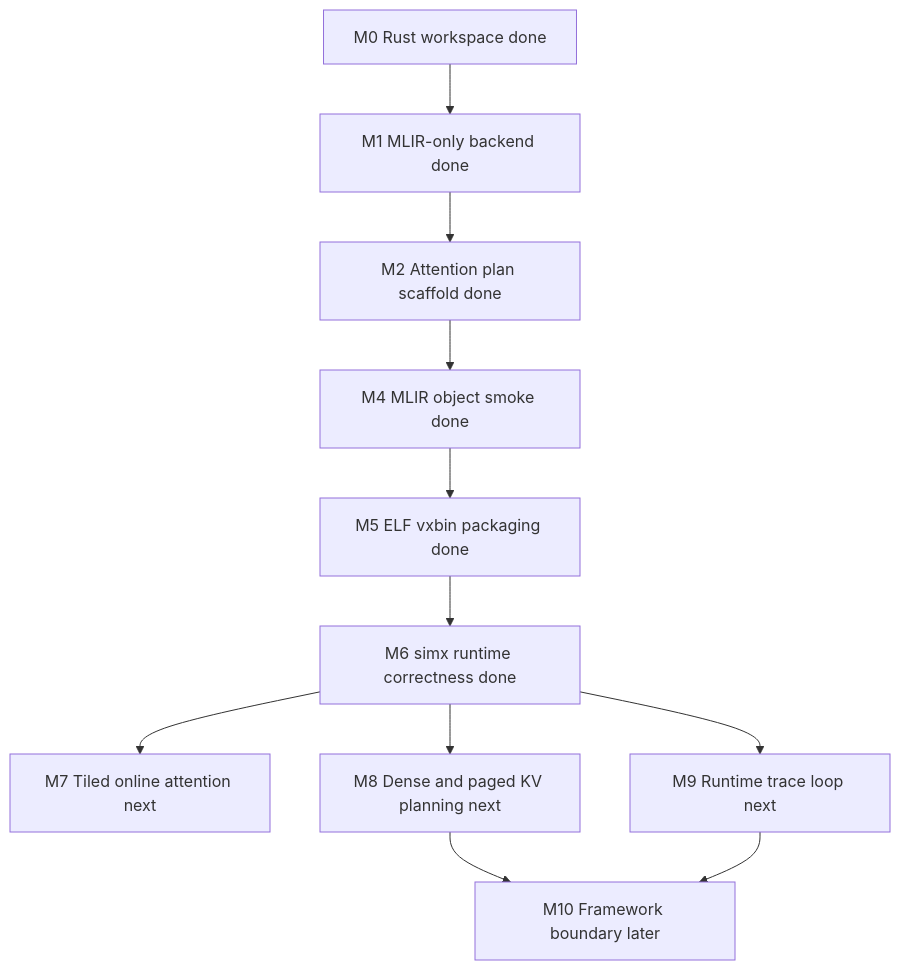
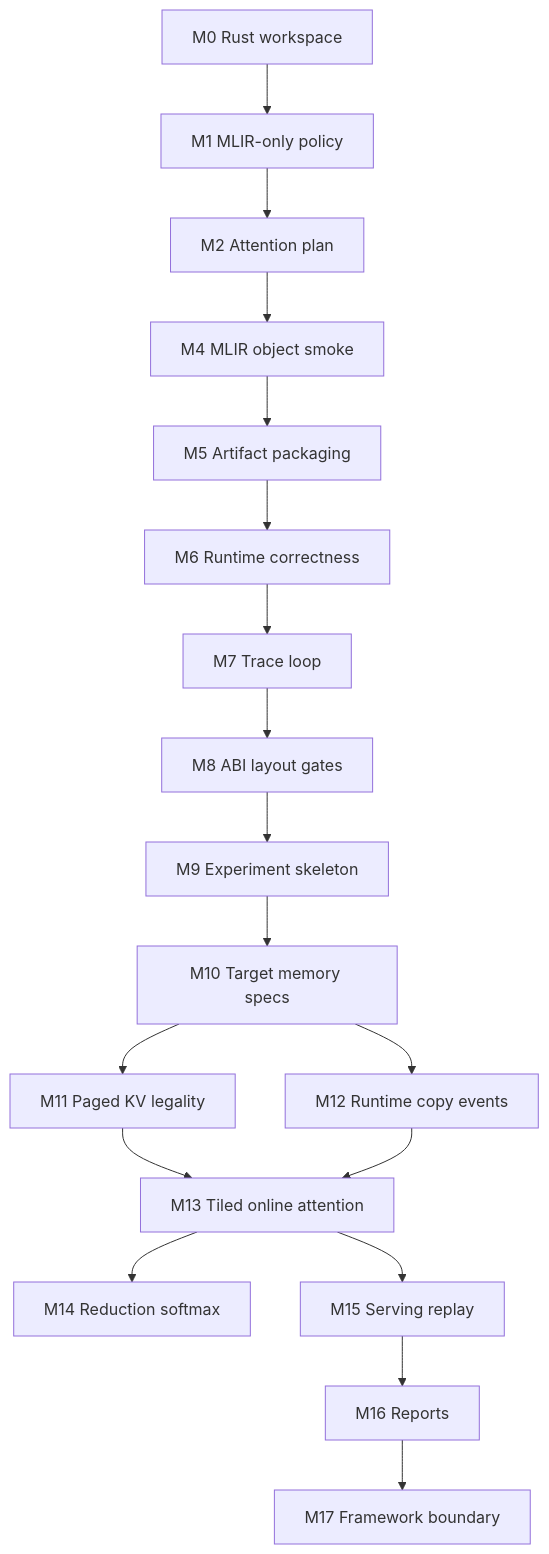
One commit to devillove084/Mandrel changed the second of 2 diagrams in docs/roadmap.md. Above: the diagram before and after it, drawn with Mermaid. The commit also changed other lines of this file and 42 other files, not shown here.

````diff
--- a/docs/roadmap.md
+++ b/docs/roadmap.md
@@ -48,13 +137,20 @@
 ```mermaid
 flowchart TD
-    M0[M0 Rust workspace done] --> M1[M1 MLIR-only backend done]
-    M1 --> M2[M2 Attention plan scaffold done]
-    M2 --> M4[M4 MLIR object smoke done]
-    M4 --> M5[M5 ELF vxbin packaging done]
-    M5 --> M6[M6 simx runtime correctness done]
-    M6 --> M7[M7 Tiled online attention next]
-    M6 --> M8[M8 Dense and paged KV planning next]
-    M6 --> M9[M9 Runtime trace loop next]
-    M8 --> M10[M10 Framework boundary later]
-    M9 --> M10
+    M0[M0 Rust workspace] --> M1[M1 MLIR-only policy]
+    M1 --> M2[M2 Attention plan]
+    M2 --> M4[M4 MLIR object smoke]
+    M4 --> M5[M5 Artifact packaging]
+    M5 --> M6[M6 Runtime correctness]
+    M6 --> M7[M7 Trace loop]
+    M7 --> M8[M8 ABI layout gates]
+    M8 --> M9[M9 Experiment skeleton]
+    M9 --> M10[M10 Target memory specs]
+    M10 --> M11[M11 Paged KV legality]
+    M10 --> M12[M12 Runtime copy events]
+    M11 --> M13[M13 Tiled online attention]
+    M12 --> M13
+    M13 --> M14[M14 Reduction softmax]
+    M13 --> M15[M15 Serving replay]
+    M15 --> M16[M16 Reports]
+    M16 --> M17[M17 Framework boundary]
 ```
````
